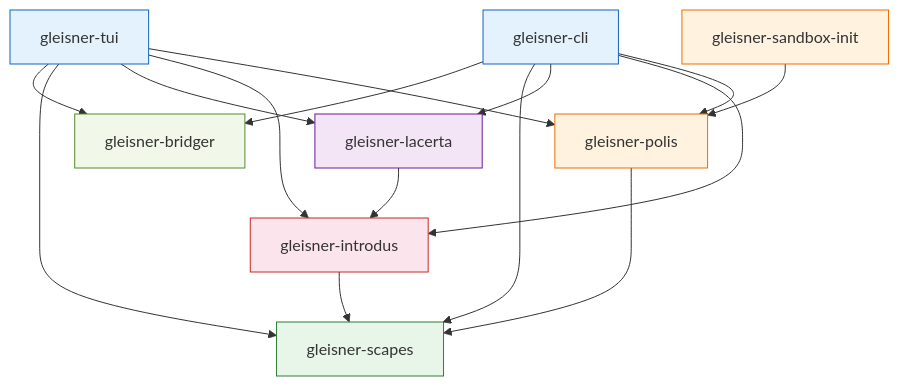
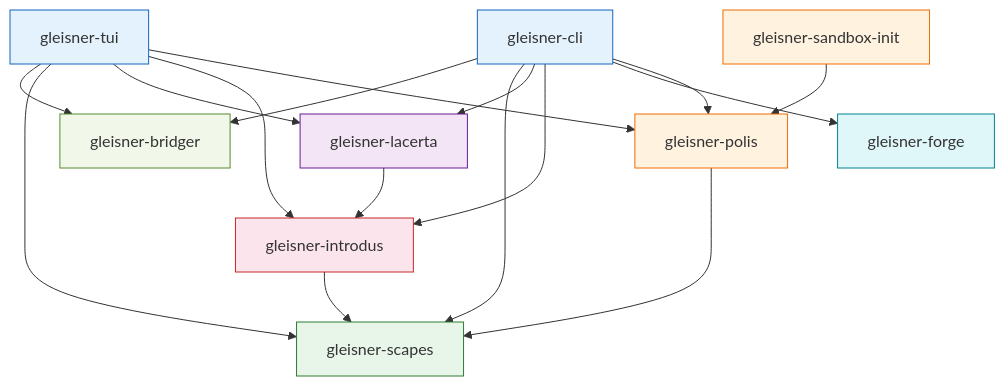
One commit to lexicone42/gleisner changed the first of 6 diagrams in docs/ARCHITECTURE.md. Above: the diagram before and after it, drawn with Mermaid. The commit also changed other lines of this file and 5 other files, not shown here.

````diff
--- a/docs/ARCHITECTURE.md
+++ b/docs/ARCHITECTURE.md
@@ -65,38 +68,41 @@
 ```mermaid
 graph TD
     CLI[gleisner-cli]
     TUI[gleisner-tui]
     POLIS[gleisner-polis]
     SINIT[gleisner-sandbox-init]
+    FORGE[gleisner-forge]
     INTRODUS[gleisner-introdus]
     LACERTA[gleisner-lacerta]
     SCAPES[gleisner-scapes]
     BRIDGER[gleisner-bridger]
 
     CLI --> POLIS
+    CLI --> FORGE
     CLI --> INTRODUS
     CLI --> LACERTA
     CLI --> SCAPES
     CLI --> BRIDGER
 
     TUI --> POLIS
     TUI --> INTRODUS
     TUI --> LACERTA
     TUI --> SCAPES
     TUI --> BRIDGER
 
     SINIT --> POLIS
 
     POLIS --> SCAPES
     INTRODUS --> SCAPES
     LACERTA --> INTRODUS
 
     style SCAPES fill:#e8f5e9,stroke:#2e7d32
     style CLI fill:#e3f2fd,stroke:#1565c0
     style TUI fill:#e3f2fd,stroke:#1565c0
     style POLIS fill:#fff3e0,stroke:#ef6c00
     style SINIT fill:#fff3e0,stroke:#ef6c00
+    style FORGE fill:#e0f7fa,stroke:#00838f
     style INTRODUS fill:#fce4ec,stroke:#c62828
     style LACERTA fill:#f3e5f5,stroke:#6a1b9a
     style BRIDGER fill:#f1f8e9,stroke:#558b2f
 ```
````
